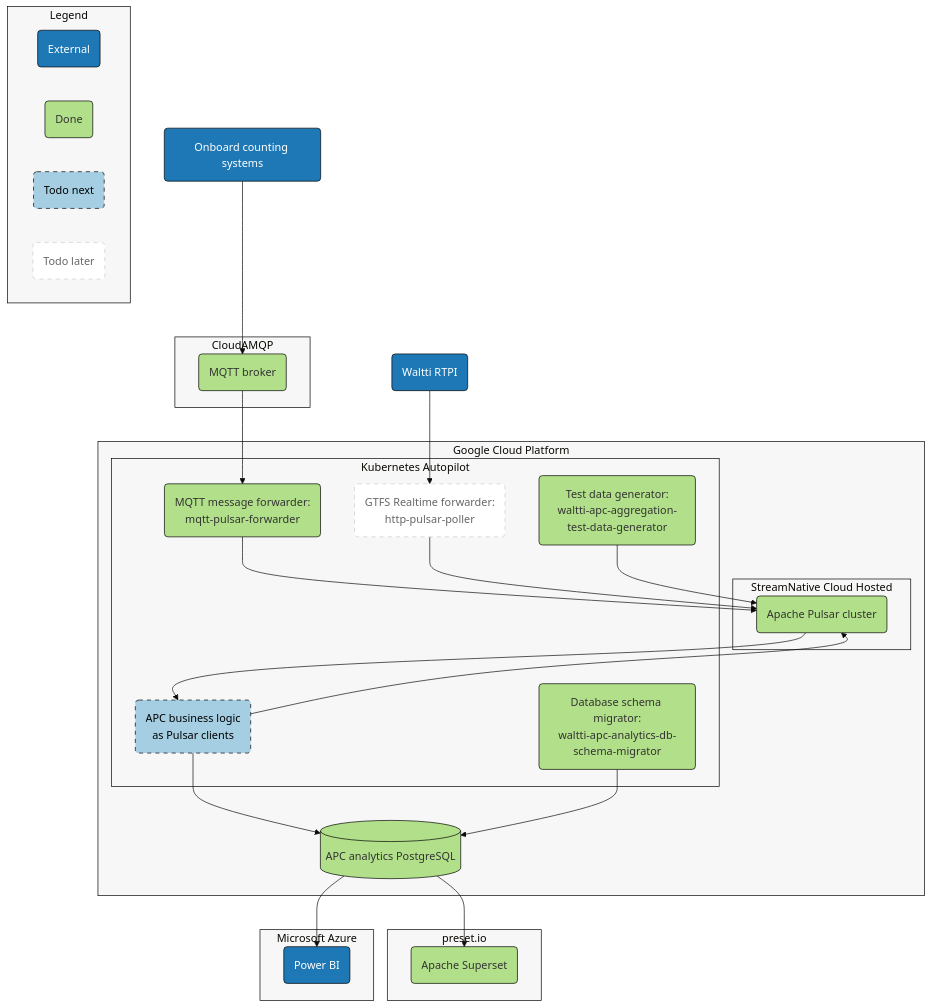
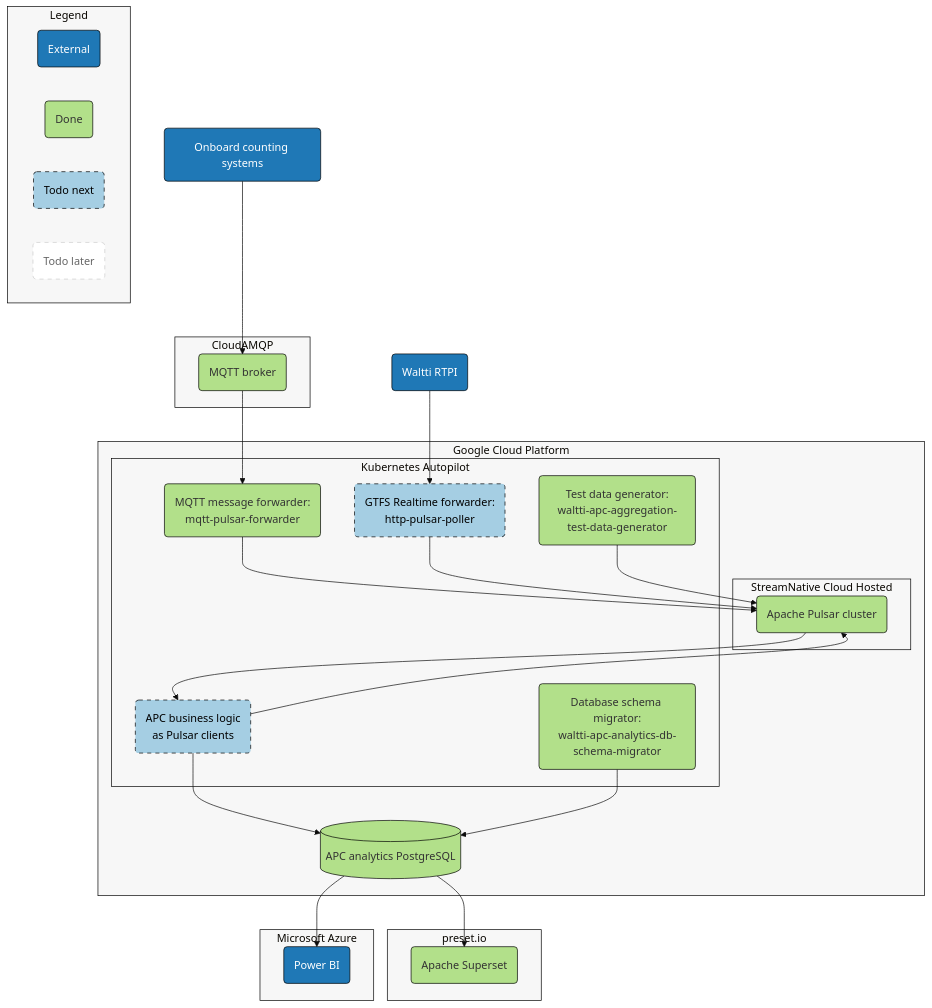
The first of 2 diagrams in README.md (tvv-lippu-ja-maksujarjestelma-oy/waltti-apc), drawn with Mermaid (base theme) before and after one commit. The commit also changed other lines of this file, not shown here.

Commit message:
Update architecture diagrams for next sprint

```diff
--- a/README.md
+++ b/README.md
@@ -77,9 +77,9 @@
   class db done
 
   classDef later fill:#fff,stroke:#ccc,stroke-width:1px,color:#666,stroke-dasharray: 6 6
-  class httppulsarpoller later
 
   classDef next fill:#a5cee3,stroke:#000,stroke-width:1px,color:#000,stroke-dasharray: 6 6
+  class httppulsarpoller next
   class pulsarclients next
 
   %% Legend
```
